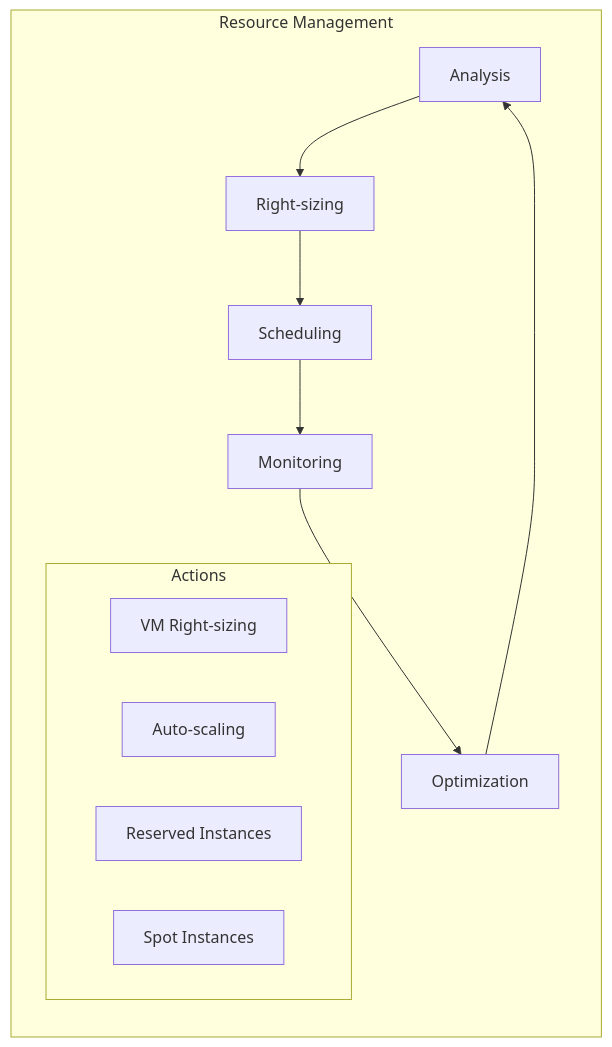
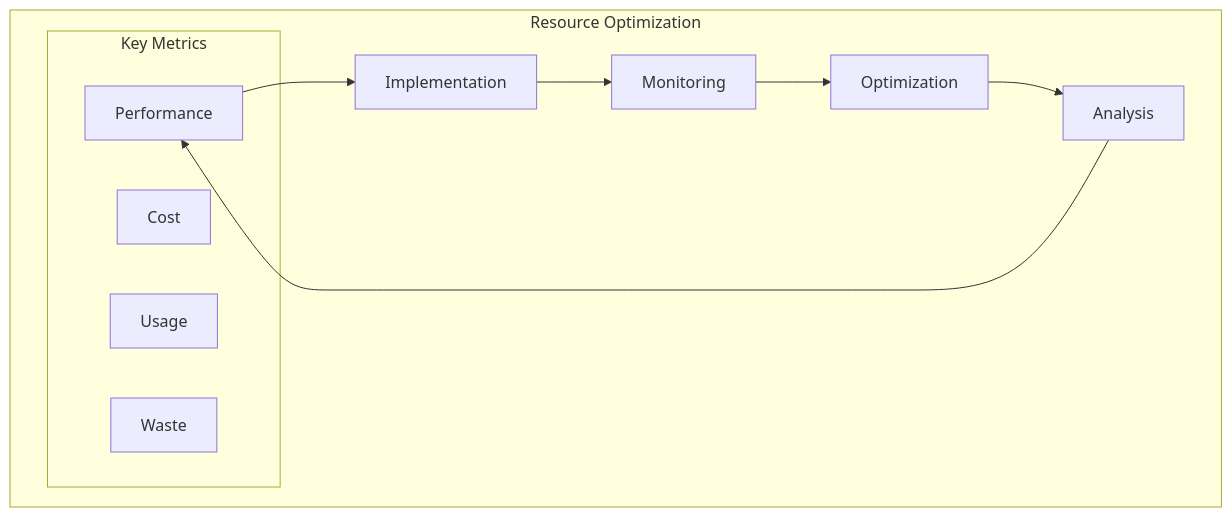
The second of 4 diagrams in src/Cost_Optimization_Strategies.md (saravanakumarrc/Architecture_Journey), drawn with Mermaid before and after one commit. The commit also changed other lines of this file and 3 other files, not shown here.

````diff
--- a/src/Cost_Optimization_Strategies.md
+++ b/src/Cost_Optimization_Strategies.md
@@ -60,19 +33,17 @@
 ```mermaid
 graph TB
-    subgraph "Resource Management"
-        direction TB
-        
-        A[Analysis] --> R[Right-sizing]
-        R --> S[Scheduling]
-        S --> M[Monitoring]
+    subgraph "Resource Optimization"
+        A[Analysis] --> P[Planning]
+        P --> I[Implementation]
+        I --> M[Monitoring]
         M --> O[Optimization]
         O --> A
         
-        subgraph "Actions"
-            A1[VM Right-sizing]
-            A2[Auto-scaling]
-            A3[Reserved Instances]
-            A4[Spot Instances]
+        subgraph "Key Metrics"
+            C[Cost]
+            U[Usage]
+            P[Performance]
+            W[Waste]
         end
     end
 ```
````
